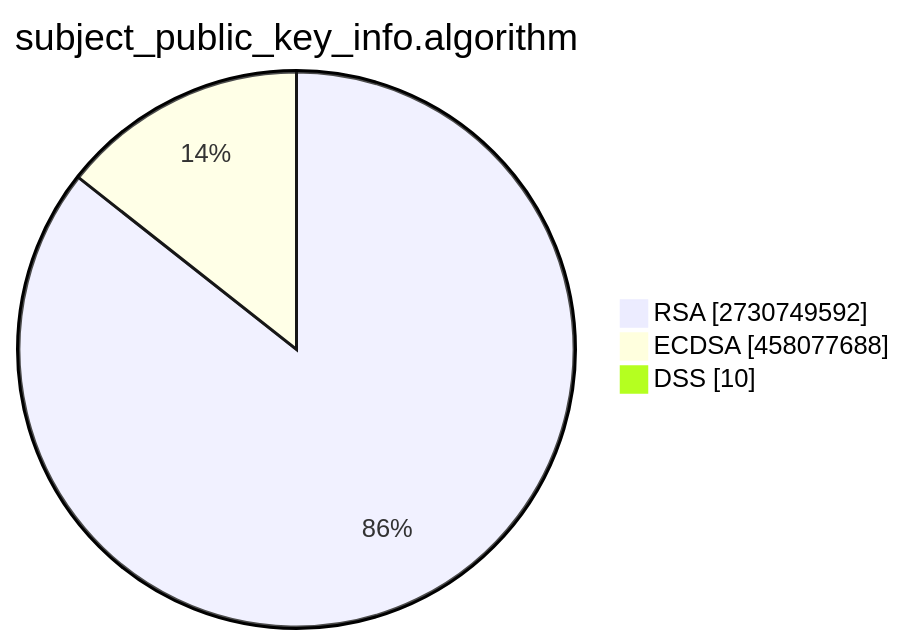
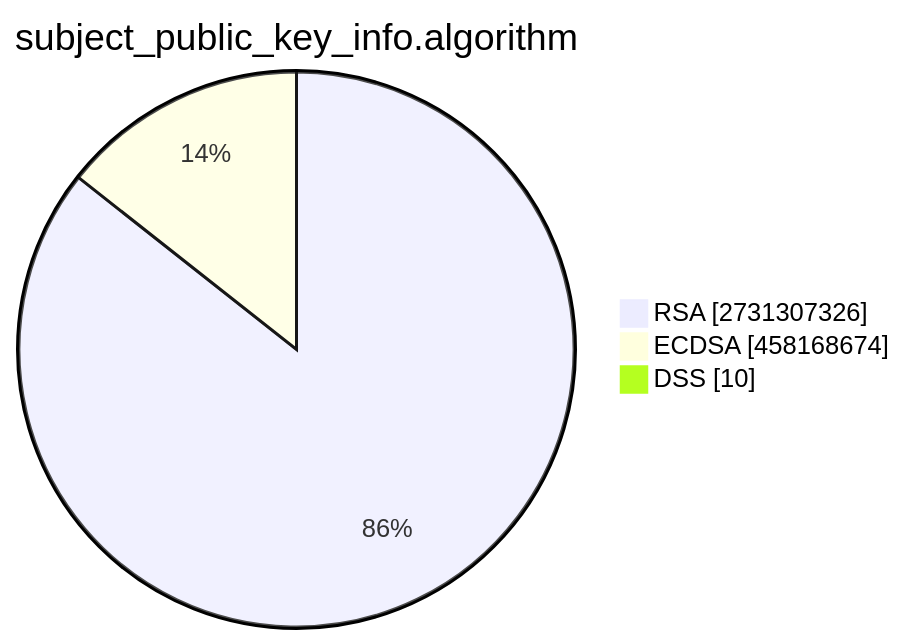
The second of 15 diagrams in TOTAL/README.md (christiankrug/ctmonitor_visualization), drawn with Mermaid before and after one commit. The commit also changed other lines of this file, not shown here.

````diff
--- a/TOTAL/README.md
+++ b/TOTAL/README.md
@@ -6,7 +6,7 @@
 ```mermaid
 pie showData
 title subject_public_key_info.algorithm
-"RSA" :2730749592
-"ECDSA" :458077688
+"RSA" :2731307326
+"ECDSA" :458168674
 "DSS" :10
 ```
````
